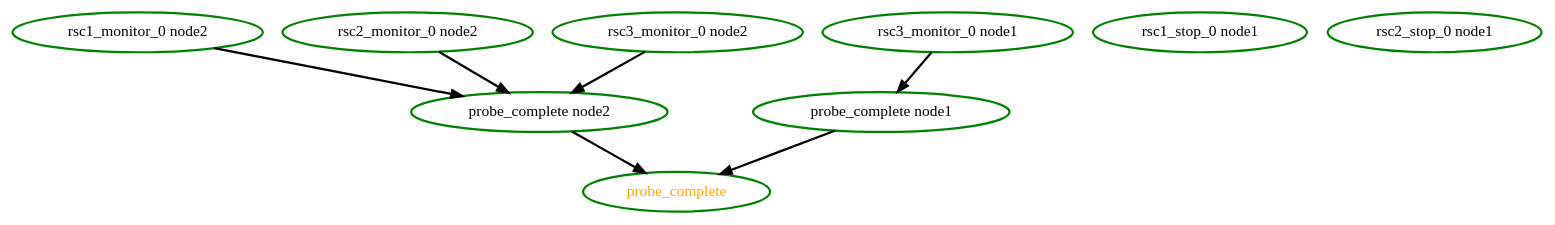
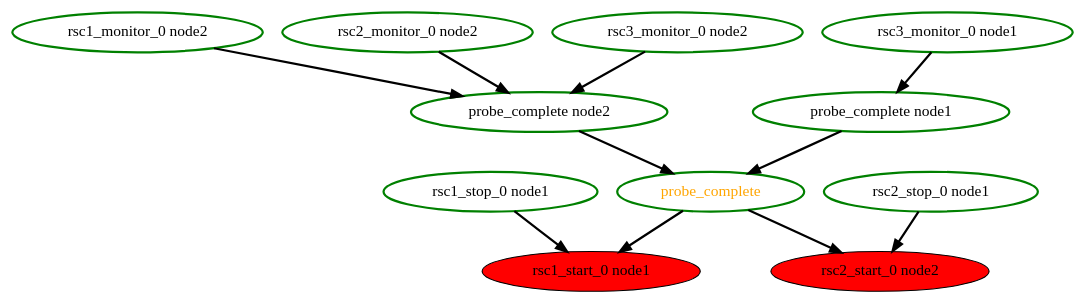
One commit to richiewen8/heartbeat changed the diagram in crm/pengine/testcases/quorum-3.dot. Above: the diagram before and after it, drawn with Graphviz. The commit also changed 17 other files, not shown here.

```diff
--- a/crm/pengine/testcases/quorum-3.dot
+++ b/crm/pengine/testcases/quorum-3.dot
@@ -1,17 +1,23 @@
  digraph "g" {
 "probe_complete node1" -> "probe_complete" [ style = bold]
 "probe_complete node1" [ style=bold color="green" fontcolor="black" ]
 "probe_complete node2" -> "probe_complete" [ style = bold]
 "probe_complete node2" [ style=bold color="green" fontcolor="black" ]
+"probe_complete" -> "rsc1_start_0 node1" [ style = bold]
+"probe_complete" -> "rsc2_start_0 node2" [ style = bold]
 "probe_complete" [ style=bold color="green" fontcolor="orange" ]
 "rsc1_monitor_0 node2" -> "probe_complete node2" [ style = bold]
 "rsc1_monitor_0 node2" [ style=bold color="green" fontcolor="black" ]
+"rsc1_start_0 node1" [ style=filled color="black" fontcolor="black"  fillcolor=red]
+"rsc1_stop_0 node1" -> "rsc1_start_0 node1" [ style = bold]
 "rsc1_stop_0 node1" [ style=bold color="green" fontcolor="black" ]
 "rsc2_monitor_0 node2" -> "probe_complete node2" [ style = bold]
 "rsc2_monitor_0 node2" [ style=bold color="green" fontcolor="black" ]
+"rsc2_start_0 node2" [ style=filled color="black" fontcolor="black"  fillcolor=red]
+"rsc2_stop_0 node1" -> "rsc2_start_0 node2" [ style = bold]
 "rsc2_stop_0 node1" [ style=bold color="green" fontcolor="black" ]
 "rsc3_monitor_0 node1" -> "probe_complete node1" [ style = bold]
 "rsc3_monitor_0 node1" [ style=bold color="green" fontcolor="black" ]
 "rsc3_monitor_0 node2" -> "probe_complete node2" [ style = bold]
 "rsc3_monitor_0 node2" [ style=bold color="green" fontcolor="black" ]
 }
```
